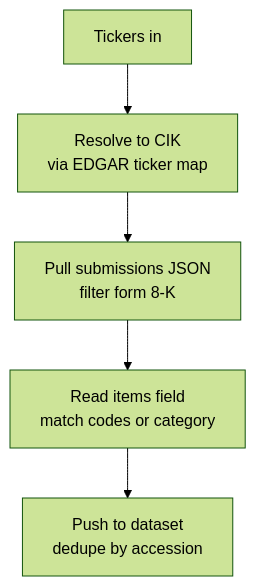
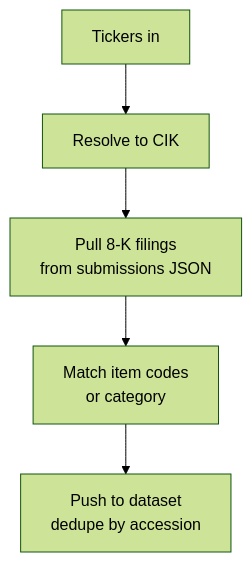
The second of 2 diagrams in actors/sec-8k-event-tracker/README.md (Ken-Mutisya/scrapemint), drawn with Mermaid (forest theme) before and after one commit. The commit also changed other lines of this file, not shown here.

````diff
--- a/actors/sec-8k-event-tracker/README.md
+++ b/actors/sec-8k-event-tracker/README.md
@@ -38,7 +37,7 @@
 ```mermaid
 flowchart TD
-    A[Tickers in] --> B[Resolve to CIK<br/>via EDGAR ticker map]
-    B --> C[Pull submissions JSON<br/>filter form 8-K]
-    C --> D[Read items field<br/>match codes or category]
+    A[Tickers in] --> B[Resolve to CIK]
+    B --> C[Pull 8-K filings<br/>from submissions JSON]
+    C --> D[Match item codes<br/>or category]
     D --> E[Push to dataset<br/>dedupe by accession]
 ```
````
